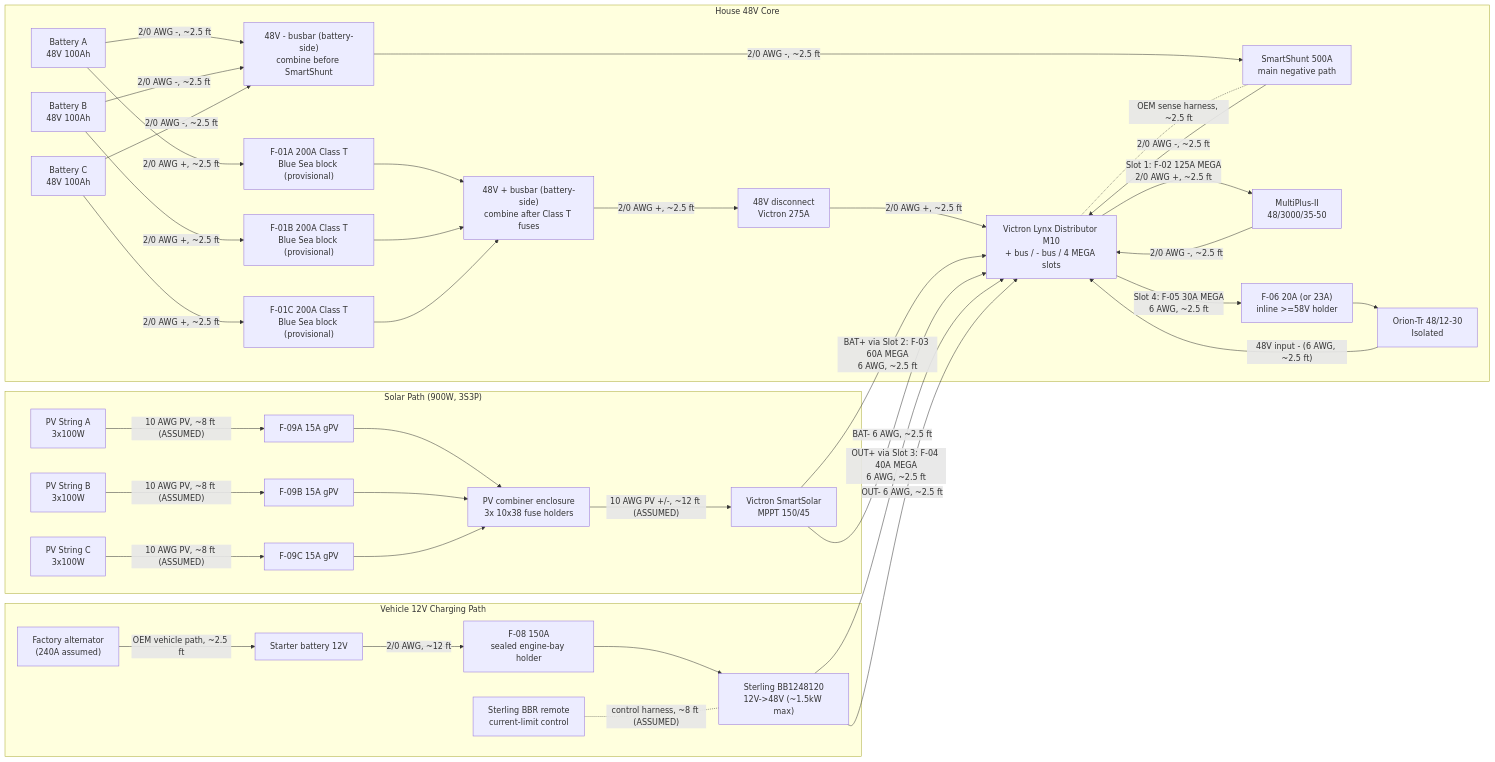
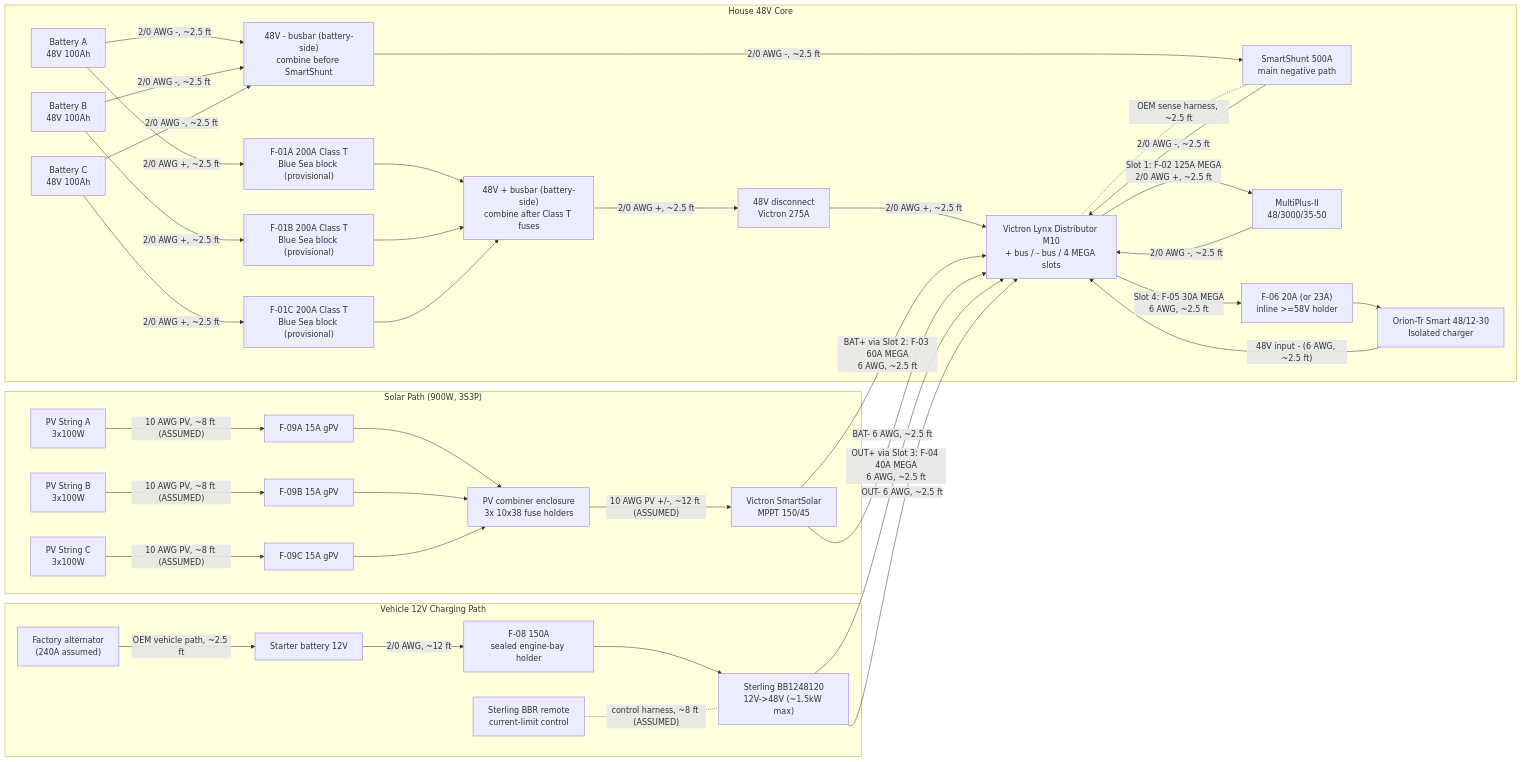
One commit to DataDaneDev/HiatusBuild changed the first of 4 diagrams in docs/ELECTRICAL_overview_diagram.md. Above: the diagram before and after it, drawn with Mermaid. The commit also changed other lines of this file and 9 other files, not shown here.

````diff
--- a/docs/ELECTRICAL_overview_diagram.md
+++ b/docs/ELECTRICAL_overview_diagram.md
@@ -43,70 +43,70 @@
 ```mermaid
 flowchart LR
     subgraph VEHICLE_12V["Vehicle 12V Charging Path"]
         ALT["Factory alternator\n(240A assumed)"]
         START["Starter battery 12V"]
         F08["F-08 150A\nsealed engine-bay holder"]
         B2B["Sterling BB1248120\n12V->48V (~1.5kW max)"]
         BBR["Sterling BBR remote\ncurrent-limit control"]
         ALT -- "OEM vehicle path, ~2.5 ft" --> START
         START -- "2/0 AWG, ~12 ft" --> F08 --> B2B
         BBR -. "control harness, ~8 ft (ASSUMED)" .- B2B
     end
 
     subgraph PV_PATH["Solar Path (900W, 3S3P)"]
         PVA["PV String A\n3x100W"]
         PVB["PV String B\n3x100W"]
         PVC["PV String C\n3x100W"]
         F09A["F-09A 15A gPV"]
         F09B["F-09B 15A gPV"]
         F09C["F-09C 15A gPV"]
         COMB["PV combiner enclosure\n3x 10x38 fuse holders"]
         MPPT["Victron SmartSolar\nMPPT 150/45"]
         PVA -- "10 AWG PV, ~8 ft (ASSUMED)" --> F09A --> COMB
         PVB -- "10 AWG PV, ~8 ft (ASSUMED)" --> F09B --> COMB
         PVC -- "10 AWG PV, ~8 ft (ASSUMED)" --> F09C --> COMB
         COMB -- "10 AWG PV +/-, ~12 ft (ASSUMED)" --> MPPT
     end
 
     subgraph HOUSE_48V["House 48V Core"]
         BATA["Battery A\n48V 100Ah"]
         BATB["Battery B\n48V 100Ah"]
         BATC["Battery C\n48V 100Ah"]
         F01A["F-01A 200A Class T\nBlue Sea block (provisional)"]
         F01B["F-01B 200A Class T\nBlue Sea block (provisional)"]
         F01C["F-01C 200A Class T\nBlue Sea block (provisional)"]
         POSBUS["48V + busbar (battery-side)\ncombine after Class T fuses"]
         NEGBUS["48V - busbar (battery-side)\ncombine before SmartShunt"]
         DISC["48V disconnect\nVictron 275A"]
         SHUNT["SmartShunt 500A\nmain negative path"]
         LYNX["Victron Lynx Distributor M10\n+ bus / - bus / 4 MEGA slots"]
         MULTI["MultiPlus-II\n48/3000/35-50"]
-        ORION["Orion-Tr 48/12-30\nIsolated"]
+        ORION["Orion-Tr Smart 48/12-30\nIsolated charger"]
         F06["F-06 20A (or 23A)\ninline >=58V holder"]
     end
 
     BATA -- "2/0 AWG +, ~2.5 ft" --> F01A --> POSBUS
     BATB -- "2/0 AWG +, ~2.5 ft" --> F01B --> POSBUS
     BATC -- "2/0 AWG +, ~2.5 ft" --> F01C --> POSBUS
     POSBUS -- "2/0 AWG +, ~2.5 ft" --> DISC
     DISC -- "2/0 AWG +, ~2.5 ft" --> LYNX
 
     BATA -- "2/0 AWG -, ~2.5 ft" --> NEGBUS
     BATB -- "2/0 AWG -, ~2.5 ft" --> NEGBUS
     BATC -- "2/0 AWG -, ~2.5 ft" --> NEGBUS
     NEGBUS -- "2/0 AWG -, ~2.5 ft" --> SHUNT
     SHUNT -- "2/0 AWG -, ~2.5 ft" --> LYNX
     LYNX -. "OEM sense harness, ~2.5 ft" .- SHUNT
 
     LYNX -- "Slot 1: F-02 125A MEGA\n2/0 AWG +, ~2.5 ft" --> MULTI
     MULTI -- "2/0 AWG -, ~2.5 ft" --> LYNX
 
     MPPT -- "BAT+ via Slot 2: F-03 60A MEGA\n6 AWG, ~2.5 ft" --> LYNX
     MPPT -- "BAT- 6 AWG, ~2.5 ft" --> LYNX
 
     B2B -- "OUT+ via Slot 3: F-04 40A MEGA\n6 AWG, ~2.5 ft" --> LYNX
     B2B -- "OUT- 6 AWG, ~2.5 ft" --> LYNX
 
     LYNX -- "Slot 4: F-05 30A MEGA\n6 AWG, ~2.5 ft" --> F06 --> ORION
     ORION -- "48V input - (6 AWG, ~2.5 ft)" --> LYNX
 ```
````
